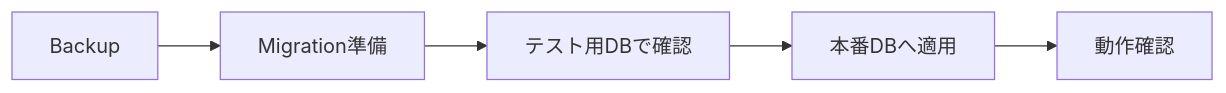
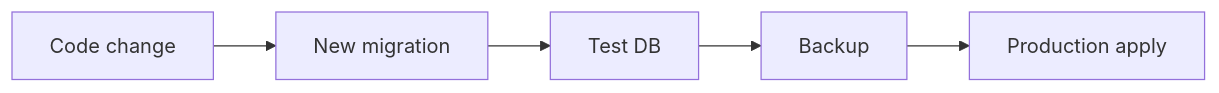
The fourth of 5 diagrams in docs/SQLITE-SETUP.md (k-systems202208/python-sqlite-tailscale-webapp-template), drawn with Mermaid before and after one commit. The commit also changed other lines of this file and 42 other files, not shown here.

````diff
--- a/docs/SQLITE-SETUP.md
+++ b/docs/SQLITE-SETUP.md
@@ -114,7 +131,7 @@
 ```mermaid
 flowchart LR
-    A["Backup"] --> M["Migration準備"]
-    M --> T["テスト用DBで確認"]
-    T --> P["本番DBへ適用"]
-    P --> V["動作確認"]
+    C["Code change"] --> M["New migration"]
+    M --> T["Test DB"]
+    T --> B["Backup"]
+    B --> P["Production apply"]
 ```
````
